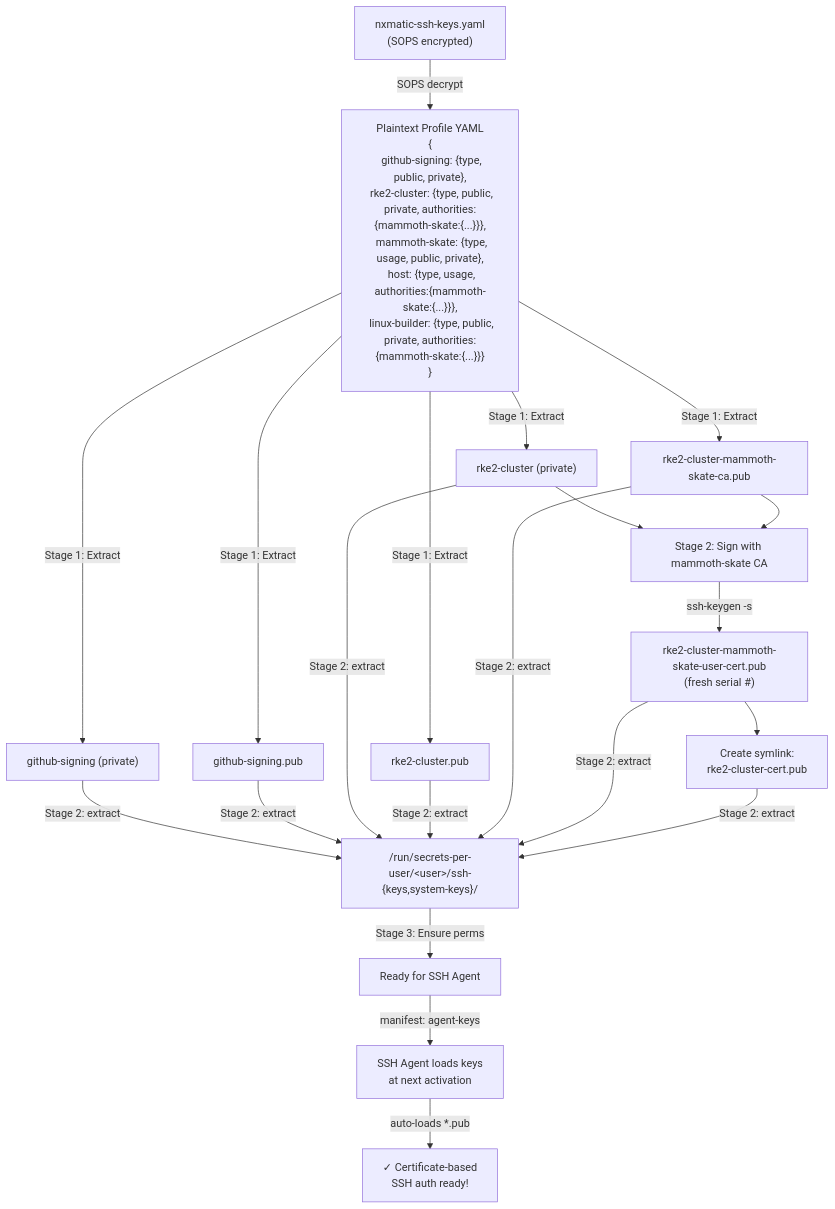
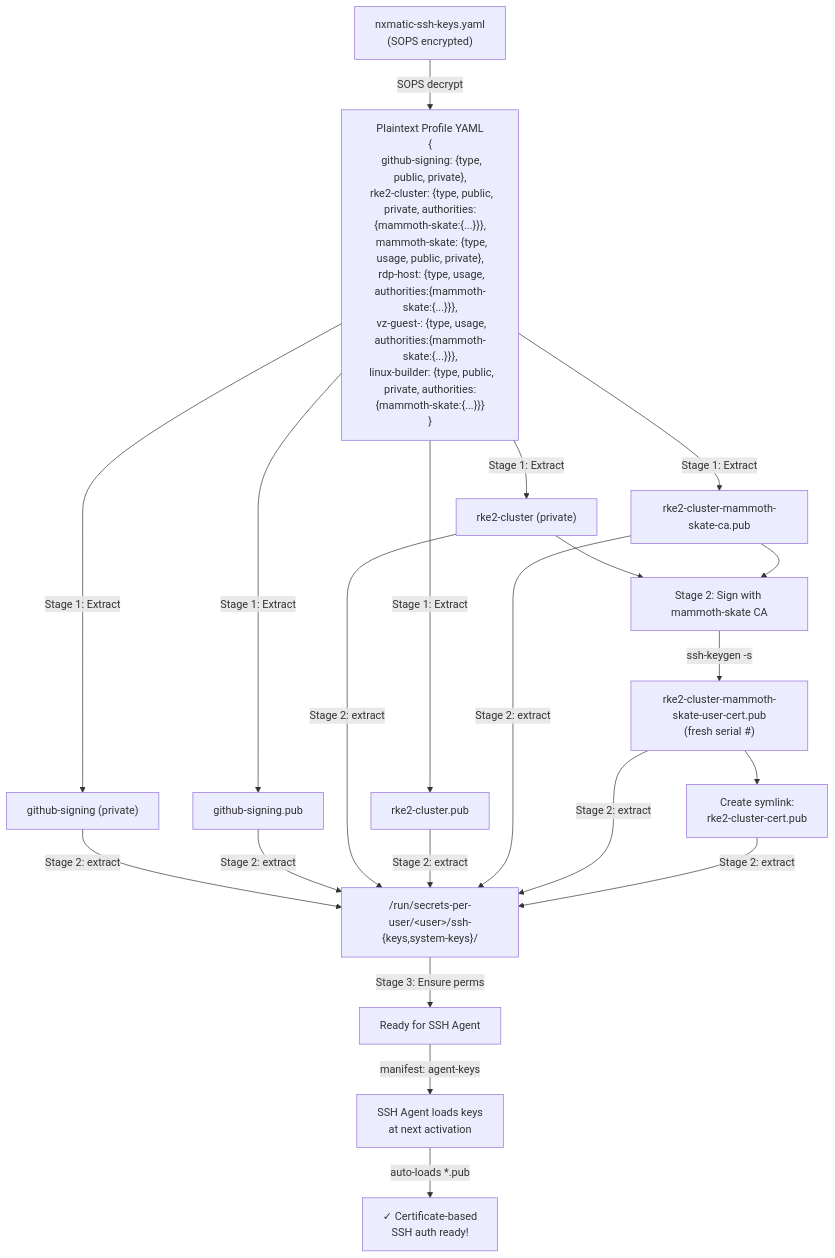
One commit to seedmatic/ndh changed the third of 7 diagrams in docs/ssh-keys-diagrams.adoc. Above: the diagram before and after it, drawn with Mermaid. The commit also changed 18 other files, not shown here.

```diff
--- a/docs/ssh-keys-diagrams.adoc
+++ b/docs/ssh-keys-diagrams.adoc
@@ -99,27 +99,27 @@
 [mermaid]
 ----
 graph TD
     A["nxmatic-ssh-keys.yaml<br/>(SOPS encrypted)"]
     
-    A -->|SOPS decrypt| B["Plaintext Profile YAML<br/>{<br/>  github-signing: {type, public, private},<br/>  rke2-cluster: {type, public, private, authorities:{mammoth-skate:{...}}},<br/>  mammoth-skate: {type, usage, public, private},<br/>  host: {type, usage, authorities:{mammoth-skate:{...}}},<br/>  linux-builder: {type, public, private, authorities:{mammoth-skate:{...}}}<br/>}"]
+    A -->|SOPS decrypt| B["Plaintext Profile YAML<br/>{<br/>  github-signing: {type, public, private},<br/>  rke2-cluster: {type, public, private, authorities:{mammoth-skate:{...}}},<br/>  mammoth-skate: {type, usage, public, private},<br/>  rdp-host: {type, usage, authorities:{mammoth-skate:{...}}},<br/>  vz-guest-<guest>: {type, usage, authorities:{mammoth-skate:{...}}},<br/>  linux-builder: {type, public, private, authorities:{mammoth-skate:{...}}}<br/>}"]
     
     B -->|Stage 1: Extract| C1["github-signing (private)"]
     B -->|Stage 1: Extract| C2["github-signing.pub"]
     B -->|Stage 1: Extract| C3["rke2-cluster (private)"]
     B -->|Stage 1: Extract| C4["rke2-cluster.pub"]
     B -->|Stage 1: Extract| C5["rke2-cluster-mammoth-skate-ca.pub"]
     
     C3 --> D1["Stage 2: Sign with mammoth-skate CA"]
     C5 --> D1
     D1 -->|ssh-keygen -s| D2["rke2-cluster-mammoth-skate-user-cert.pub<br/>(fresh serial #)"]
     
     D2 --> D3["Create symlink:<br/>rke2-cluster-cert.pub"]
     
     C1 & C2 & C3 & C4 & C5 & D2 & D3 -->|Stage 2: extract| E["/run/secrets-per-user/&lt;user&gt;/ssh-{keys,system-keys}/"]
     
     E -->|Stage 3: Ensure perms| F["Ready for SSH Agent"]
     
     F -->|manifest: agent-keys| G["SSH Agent loads keys<br/>at next activation"]
     
     G -->|auto-loads *.pub| H["✓ Certificate-based<br/>SSH auth ready!"]
 ----
```
